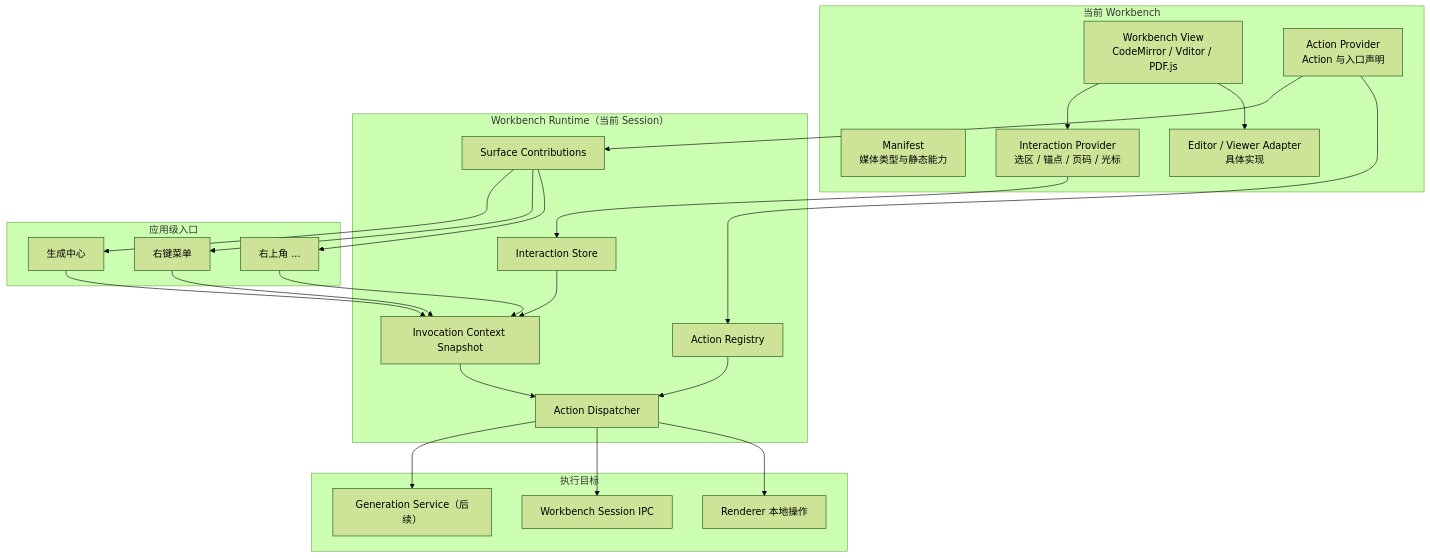
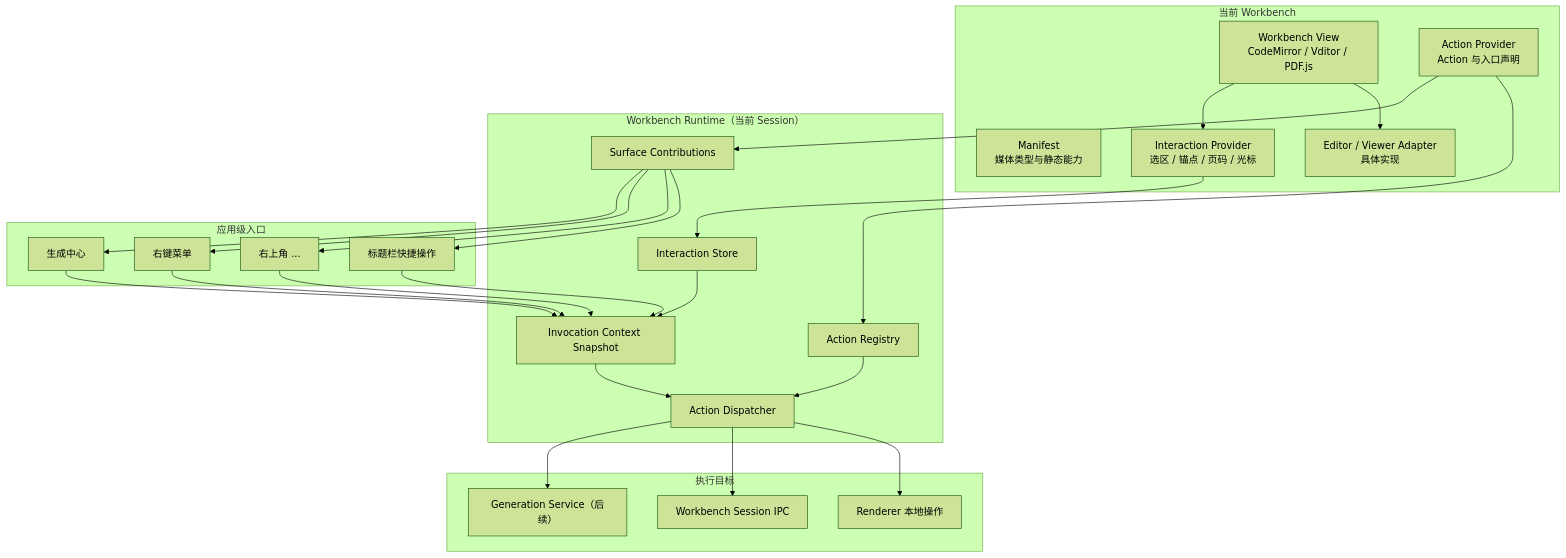
The diagram in docs/superpowers/specs/2026-07-28-workbench-action-surfaces-design.md (wu-tian807/learning-companion), drawn with Mermaid (forest theme) before and after one commit. The commit also changed other lines of this file and 77 other files, not shown here.

````diff
--- a/docs/superpowers/specs/2026-07-28-workbench-action-surfaces-design.md
+++ b/docs/superpowers/specs/2026-07-28-workbench-action-surfaces-design.md
@@ -82,51 +85,54 @@
 ```mermaid
 flowchart TB
     subgraph WB["当前 Workbench"]
         MANIFEST["Manifest<br/>媒体类型与静态能力"]
         VIEW["Workbench View<br/>CodeMirror / Vditor / PDF.js"]
         ADAPTER["Editor / Viewer Adapter<br/>具体实现"]
         PROVIDER["Action Provider<br/>Action 与入口声明"]
         INTERACTION["Interaction Provider<br/>选区 / 锚点 / 页码 / 光标"]
     end
 
     subgraph RUNTIME["Workbench Runtime（当前 Session）"]
         STORE["Interaction Store"]
         ACTIONS["Action Registry"]
         CONTRIBUTIONS["Surface Contributions"]
         SNAPSHOT["Invocation Context Snapshot"]
         DISPATCHER["Action Dispatcher"]
     end
 
     subgraph SURFACES["应用级入口"]
+        HEADER["标题栏快捷操作"]
         OVERFLOW["右上角 ..."]
         CONTEXT["右键菜单"]
         GENERATION["生成中心"]
     end
 
     subgraph EXECUTION["执行目标"]
         LOCAL["Renderer 本地操作"]
         SESSION["Workbench Session IPC"]
         AI["Generation Service（后续）"]
     end
 
     VIEW --> ADAPTER
     VIEW --> INTERACTION
     INTERACTION --> STORE
     PROVIDER --> ACTIONS
     PROVIDER --> CONTRIBUTIONS
 
+    CONTRIBUTIONS --> HEADER
     CONTRIBUTIONS --> OVERFLOW
     CONTRIBUTIONS --> CONTEXT
     CONTRIBUTIONS --> GENERATION
     STORE --> SNAPSHOT
 
+    HEADER --> SNAPSHOT
     OVERFLOW --> SNAPSHOT
     CONTEXT --> SNAPSHOT
     GENERATION --> SNAPSHOT
     SNAPSHOT --> DISPATCHER
     ACTIONS --> DISPATCHER
 
     DISPATCHER --> LOCAL
     DISPATCHER --> SESSION
     DISPATCHER --> AI
 ```
````
